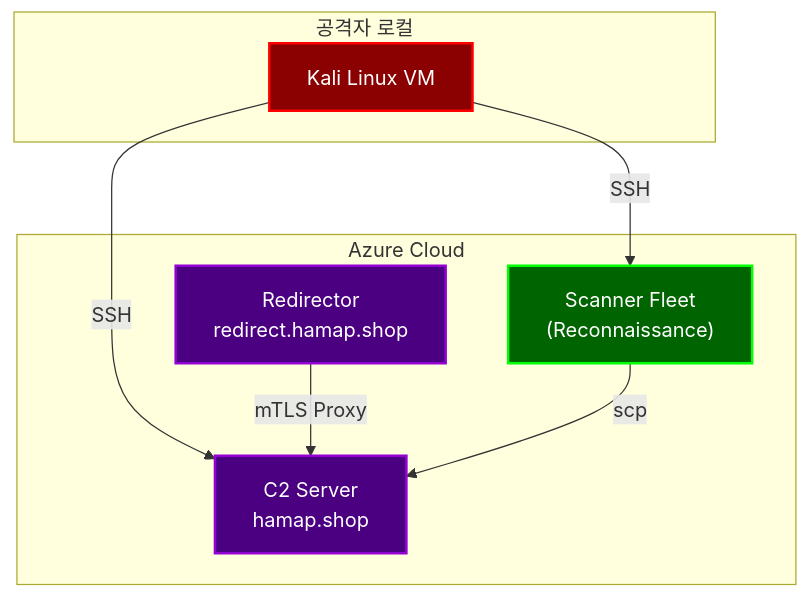
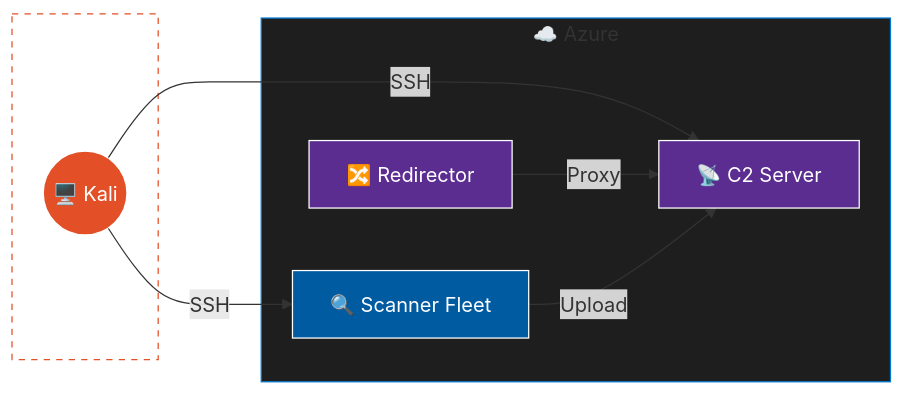
The second of 3 diagrams in _posts/cyberkillchain/2025-12-27-CKC-Project-Overview.md (HamaPr/HamaPr.github.io), drawn with Mermaid before and after one commit. The commit also changed other lines of this file and 3 other files, not shown here.

````diff
--- a/_posts/cyberkillchain/2025-12-27-CKC-Project-Overview.md
+++ b/_posts/cyberkillchain/2025-12-27-CKC-Project-Overview.md
@@ -112,21 +112,24 @@
 ```mermaid
-flowchart TB
-    classDef attacker fill:#8B0000,stroke:#ff0000,stroke-width:2px,color:white;
-    classDef c2 fill:#4B0082,stroke:#9400D3,stroke-width:2px,color:white;
-    classDef fleet fill:#006400,stroke:#00ff00,stroke-width:2px,color:white;
-
-    subgraph Local ["공격자 로컬"]
-        Kali["Kali Linux VM"]:::attacker
+flowchart LR
+    subgraph LOCAL [" "]
+        K(("🖥️ Kali"))
     end
 
-    subgraph Azure ["Azure Cloud"]
-        C2["C2 Server<br/>hamap.shop"]:::c2
-        RD["Redirector<br/>redirect.hamap.shop"]:::c2
-        Fleet["Scanner Fleet<br/>(Reconnaissance)"]:::fleet
+    subgraph CLOUD ["☁️ Azure"]
+        C2["📡 C2 Server"]
+        RD["🔀 Redirector"]
+        FL["🔍 Scanner Fleet"]
     end
 
-    Kali -->|SSH| C2
-    Kali -->|SSH| Fleet
-    RD -->|mTLS Proxy| C2
-    Fleet -->|scp| C2
+    K -->|SSH| C2
+    K -->|SSH| FL
+    RD -->|Proxy| C2
+    FL -->|Upload| C2
+
+    style K fill:#E34F26,stroke:#fff,color:#fff
+    style C2 fill:#5C2D91,stroke:#fff,color:#fff
+    style RD fill:#5C2D91,stroke:#fff,color:#fff
+    style FL fill:#005BA1,stroke:#fff,color:#fff
+    style LOCAL fill:transparent,stroke:#E34F26,stroke-dasharray:5 5
+    style CLOUD fill:#1e1e1e,stroke:#0078D4
 ```
````
